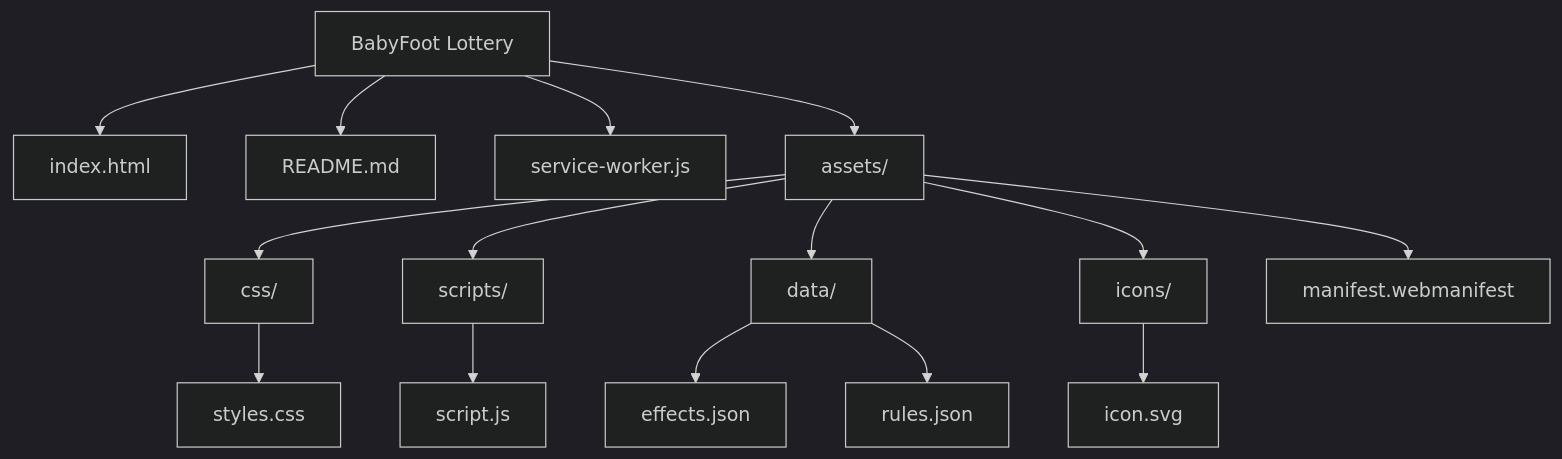
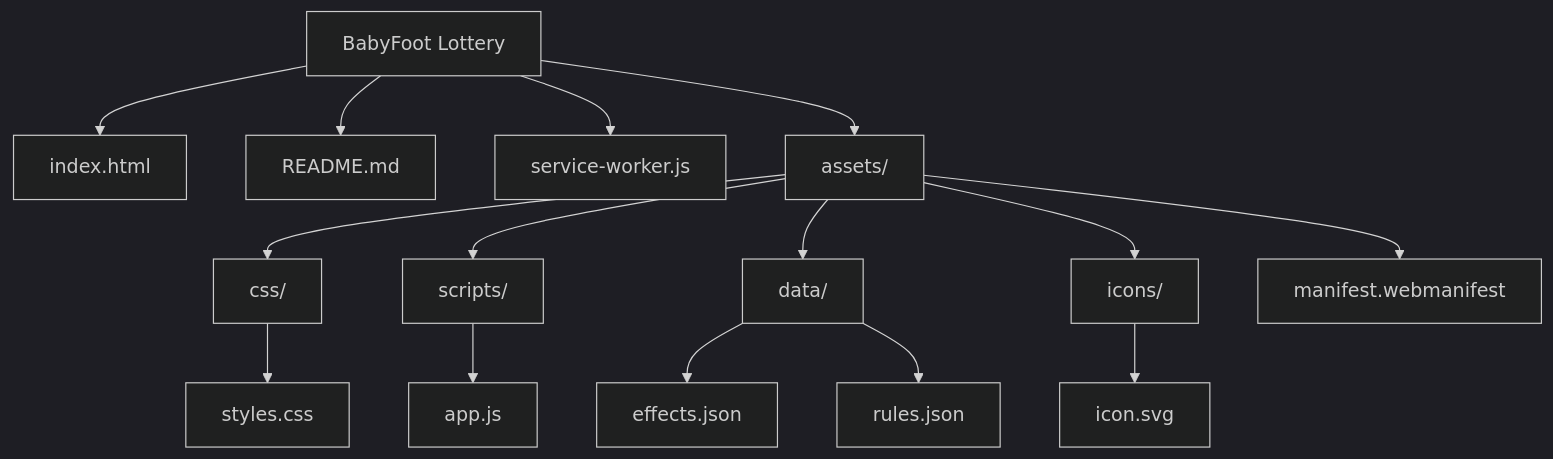
One commit to EAnathos/BabyFoot-Lottery changed the diagram in README.md. Above: the diagram before and after it, drawn with Mermaid (dark theme). The commit also changed other lines of this file and 10 other files, not shown here.

````diff
--- a/README.md
+++ b/README.md
@@ -92,17 +86,17 @@
 ```mermaid
 graph TD
   A[BabyFoot Lottery] --> B[index.html]
   A --> C[README.md]
   A --> D[service-worker.js]
   A --> E[assets/]
   E --> F[css/]
   F --> G[styles.css]
   E --> H[scripts/]
-  H --> I[script.js]
+  H --> I[app.js]
   E --> J[data/]
   J --> K[effects.json]
   J --> L[rules.json]
   E --> M[icons/]
   M --> N[icon.svg]
   E --> O[manifest.webmanifest]
 ```
````
